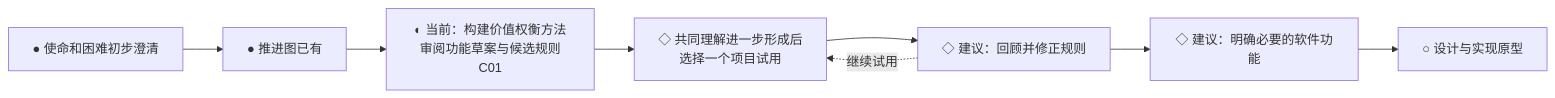
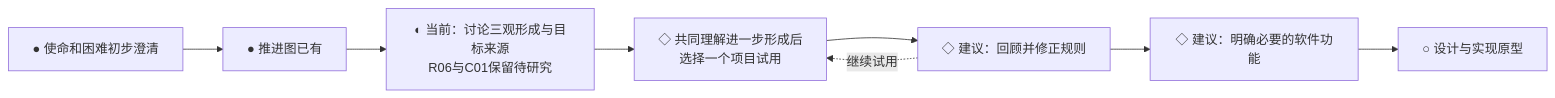
Before and after one commit to fangjiaqi2023-jpg/life-flywheel: the second of 2 diagrams in 项目/人生飞轮/项目推进图.md, drawn with Mermaid. The commit also changed other lines of this file, not shown here.

````diff
--- a/项目/人生飞轮/项目推进图.md
+++ b/项目/人生飞轮/项目推进图.md
@@ -38,10 +38,10 @@
 ```mermaid
 flowchart LR
     P0[● 使命和困难初步澄清] --> P1[● 推进图已有]
-    P1 --> P2[◐ 当前：构建价值权衡方法<br/>审阅功能草案与候选规则C01]
+    P1 --> P2[◐ 当前：讨论三观形成与目标来源<br/>R06与C01保留待研究]
     P2 --> P3[◇ 共同理解进一步形成后<br/>选择一个项目试用]
     P3 --> P4[◇ 建议：回顾并修正规则]
     P4 --> P5[◇ 建议：明确必要的软件功能]
     P5 --> P6[○ 设计与实现原型]
     P4 -.继续试用.-> P3
 ```
````
